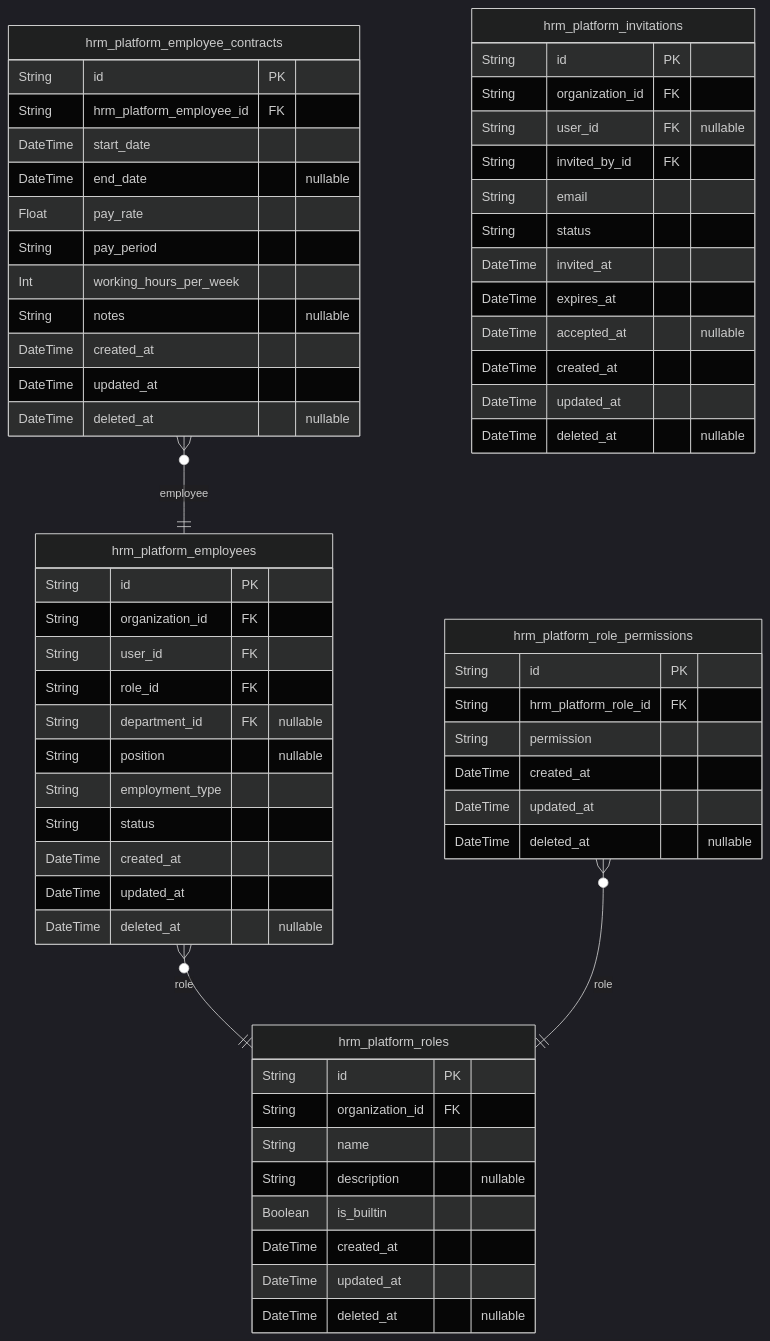
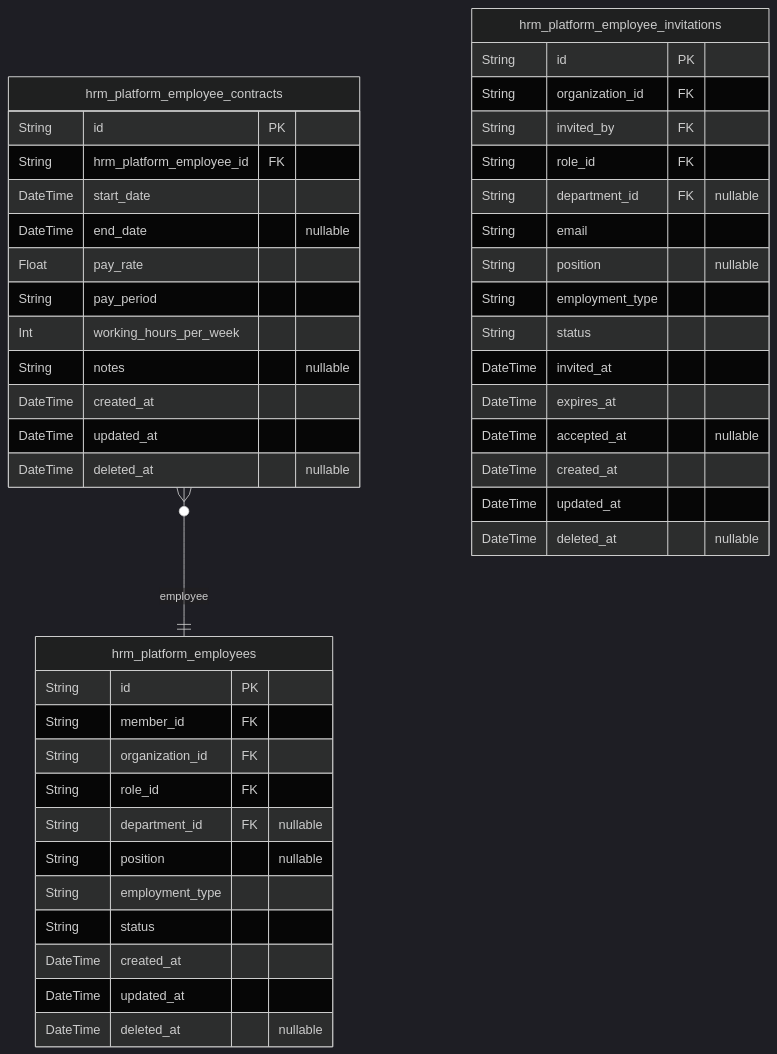
The fifth of 8 diagrams in qwen/qwen3.5-397b-a17b/erp/docs/ERD.md (wrtnlabs/autobe-examples), drawn with Mermaid (dark theme) before and after one commit. The commit also changed other lines of this file and 32093 other files, not shown here.

````diff
--- a/qwen/qwen3.5-397b-a17b/erp/docs/ERD.md
+++ b/qwen/qwen3.5-397b-a17b/erp/docs/ERD.md
@@ -271,64 +796,47 @@
 ```mermaid
 erDiagram
 "hrm_platform_employees" {
   String id PK
+  String member_id FK
   String organization_id FK
-  String user_id FK
   String role_id FK
   String department_id FK "nullable"
   String position "nullable"
   String employment_type
   String status
   DateTime created_at
   DateTime updated_at
   DateTime deleted_at "nullable"
 }
 "hrm_platform_employee_contracts" {
   String id PK
   String hrm_platform_employee_id FK
   DateTime start_date
   DateTime end_date "nullable"
   Float pay_rate
   String pay_period
   Int working_hours_per_week
   String notes "nullable"
   DateTime created_at
   DateTime updated_at
   DateTime deleted_at "nullable"
 }
-"hrm_platform_roles" {
+"hrm_platform_employee_invitations" {
   String id PK
   String organization_id FK
-  String name
-  String description "nullable"
-  Boolean is_builtin
-  DateTime created_at
-  DateTime updated_at
-  DateTime deleted_at "nullable"
-}
-"hrm_platform_role_permissions" {
-  String id PK
-  String hrm_platform_role_id FK
-  String permission
-  DateTime created_at
-  DateTime updated_at
-  DateTime deleted_at "nullable"
-}
-"hrm_platform_invitations" {
-  String id PK
-  String organization_id FK
-  String user_id FK "nullable"
-  String invited_by_id FK
+  String invited_by FK
+  String role_id FK
+  String department_id FK "nullable"
   String email
+  String position "nullable"
+  String employment_type
   String status
   DateTime invited_at
   DateTime expires_at
   DateTime accepted_at "nullable"
   DateTime created_at
   DateTime updated_at
   DateTime deleted_at "nullable"
 }
-"hrm_platform_employees" }o--|| "hrm_platform_roles" : role
 "hrm_platform_employee_contracts" }o--|| "hrm_platform_employees" : employee
-"hrm_platform_role_permissions" }o--|| "hrm_platform_roles" : role
 ```
````
